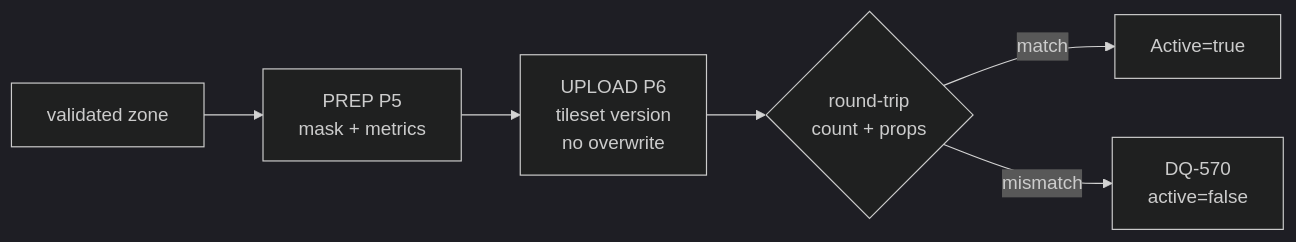
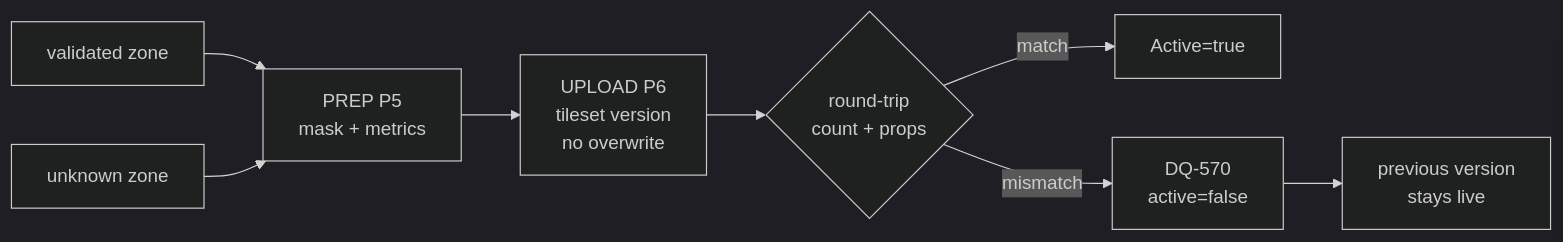
The seventh of 8 diagrams in docs/maze-flow.md (racosta-data/lots-twin), drawn with Mermaid (dark theme) before and after one commit. The commit also changed other lines of this file, not shown here.

Commit message:
docs: align diagrams with approved decisions, add pending D1 D2 D6 (#2)

````diff
--- a/docs/maze-flow.md
+++ b/docs/maze-flow.md
@@ -129,8 +139,10 @@
 ```mermaid
 flowchart LR
   VAL[validated zone] --> PREP[PREP P5<br/>mask + metrics]
+  UNK[unknown zone] --> PREP
   PREP --> UP[UPLOAD P6<br/>tileset version<br/>no overwrite]
   UP --> RT{round-trip<br/>count + props}
   RT -- match --> ACT[Active=true]
   RT -- mismatch --> NO[DQ-570<br/>active=false]
+  NO --> KEEP[previous version<br/>stays live]
 ```
````
